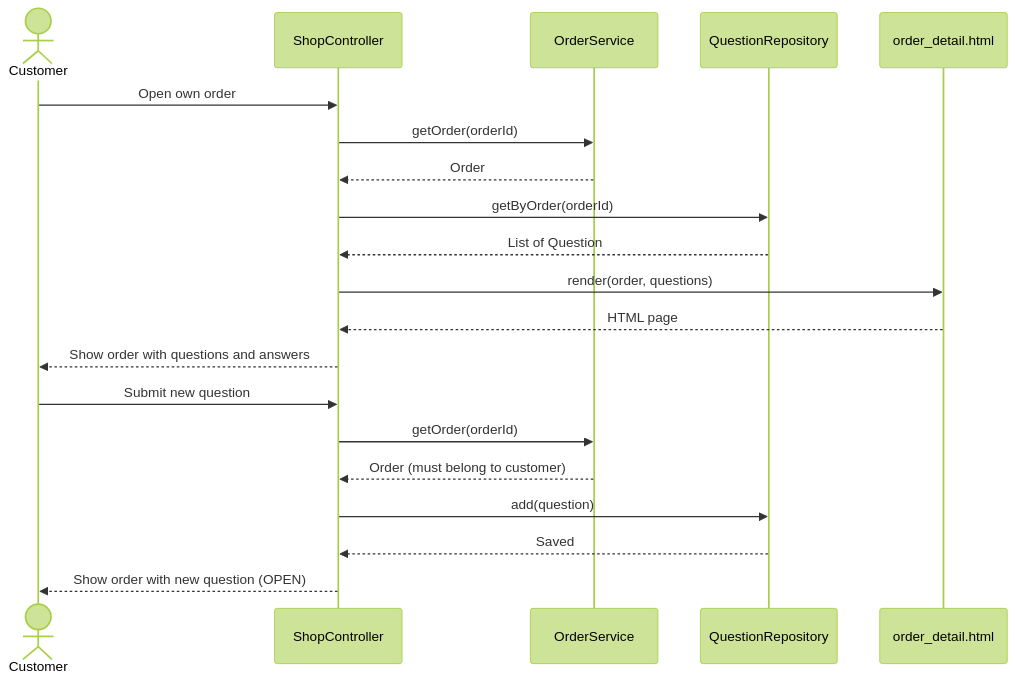
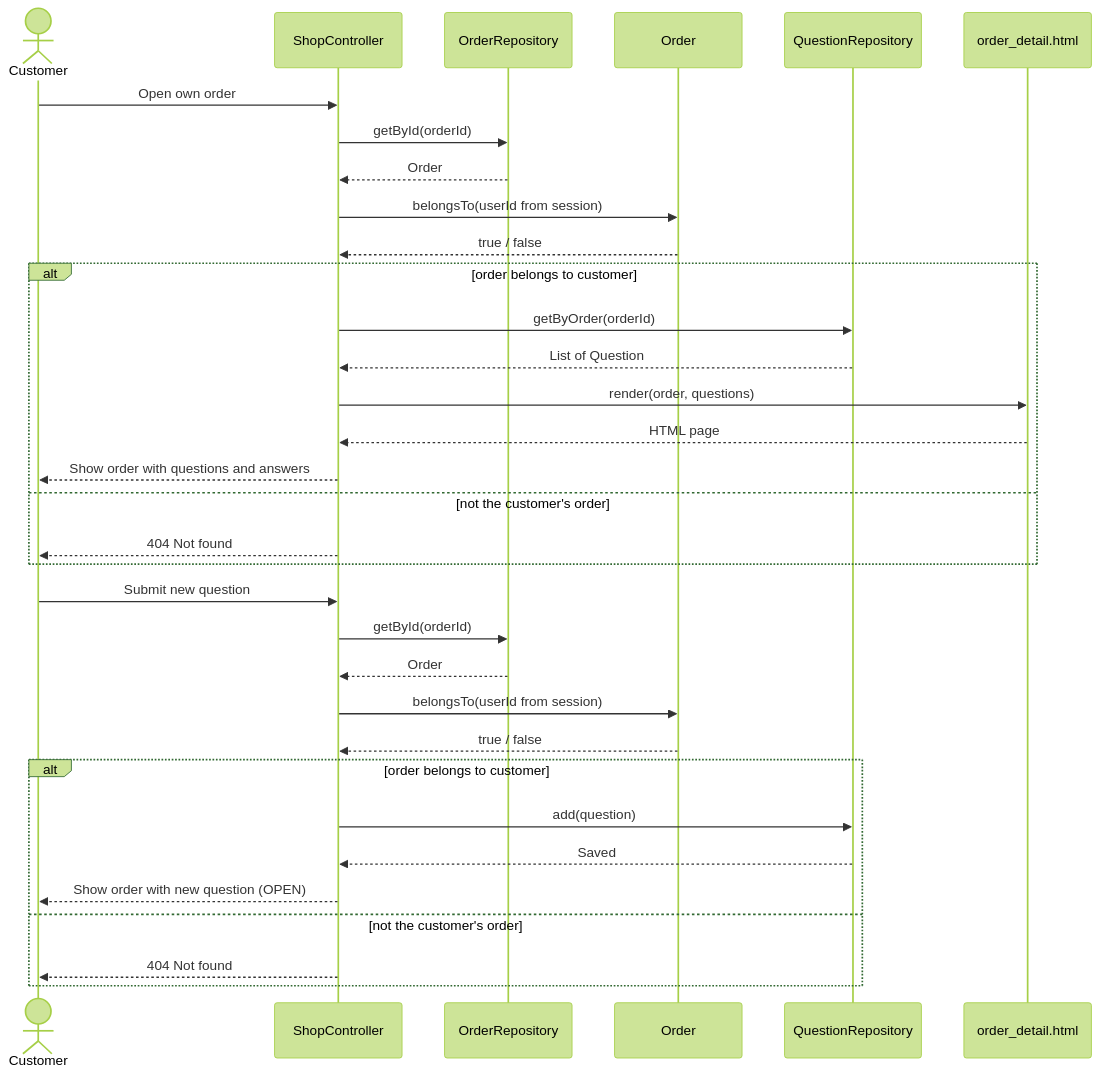
The diagram in docs/plans/c5-qa-sequence.md (vikri8772/assignment4), drawn with Mermaid (forest theme) before and after one commit.

Commit message:
Added a user ID check and turned OrderService to OrderRepository

````diff
--- a/docs/plans/c5-qa-sequence.md
+++ b/docs/plans/c5-qa-sequence.md
@@ -1,24 +1,37 @@
 ```mermaid
 sequenceDiagram
     actor Customer
     participant ShopController
-    participant OrderService
+    participant OrderRepository
+    participant Order
     participant QuestionRepository
     participant OrderTemplate as order_detail.html
 
     Customer->>ShopController: Open own order
-    ShopController->>OrderService: getOrder(orderId)
-    OrderService-->>ShopController: Order
-    ShopController->>QuestionRepository: getByOrder(orderId)
-    QuestionRepository-->>ShopController: List of Question
-    ShopController->>OrderTemplate: render(order, questions)
-    OrderTemplate-->>ShopController: HTML page
-    ShopController-->>Customer: Show order with questions and answers
+    ShopController->>OrderRepository: getById(orderId)
+    OrderRepository-->>ShopController: Order
+    ShopController->>Order: belongsTo(userId from session)
+    Order-->>ShopController: true / false
+    alt order belongs to customer
+        ShopController->>QuestionRepository: getByOrder(orderId)
+        QuestionRepository-->>ShopController: List of Question
+        ShopController->>OrderTemplate: render(order, questions)
+        OrderTemplate-->>ShopController: HTML page
+        ShopController-->>Customer: Show order with questions and answers
+    else not the customer's order
+        ShopController-->>Customer: 404 Not found
+    end
 
     Customer->>ShopController: Submit new question
-    ShopController->>OrderService: getOrder(orderId)
-    OrderService-->>ShopController: Order (must belong to customer)
-    ShopController->>QuestionRepository: add(question)
-    QuestionRepository-->>ShopController: Saved
-    ShopController-->>Customer: Show order with new question (OPEN)
+    ShopController->>OrderRepository: getById(orderId)
+    OrderRepository-->>ShopController: Order
+    ShopController->>Order: belongsTo(userId from session)
+    Order-->>ShopController: true / false
+    alt order belongs to customer
+        ShopController->>QuestionRepository: add(question)
+        QuestionRepository-->>ShopController: Saved
+        ShopController-->>Customer: Show order with new question (OPEN)
+    else not the customer's order
+        ShopController-->>Customer: 404 Not found
+    end
 ```
````
